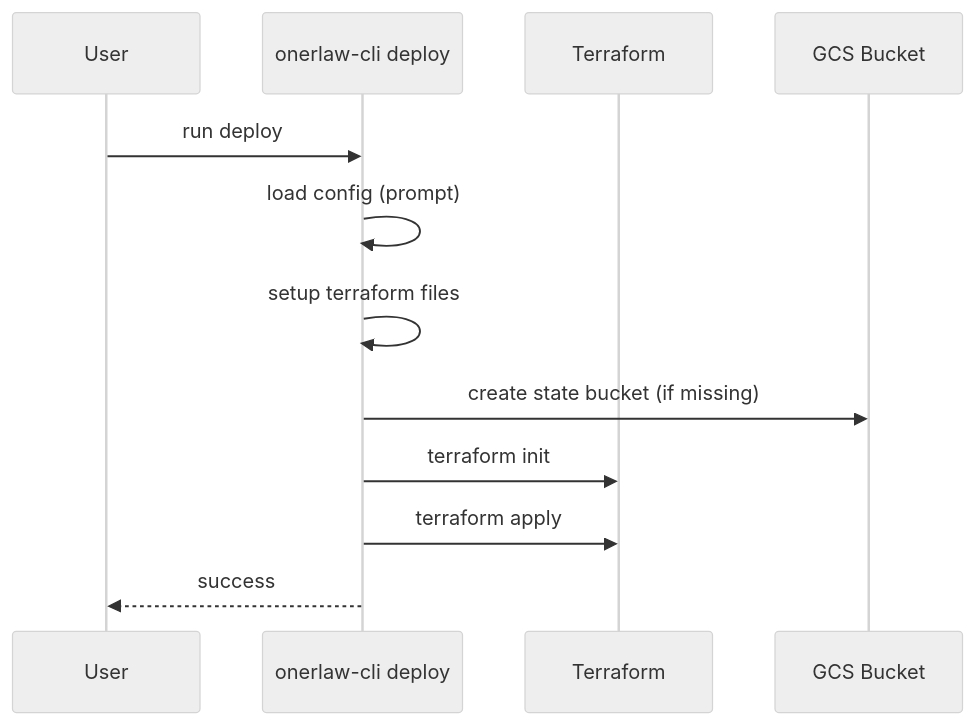
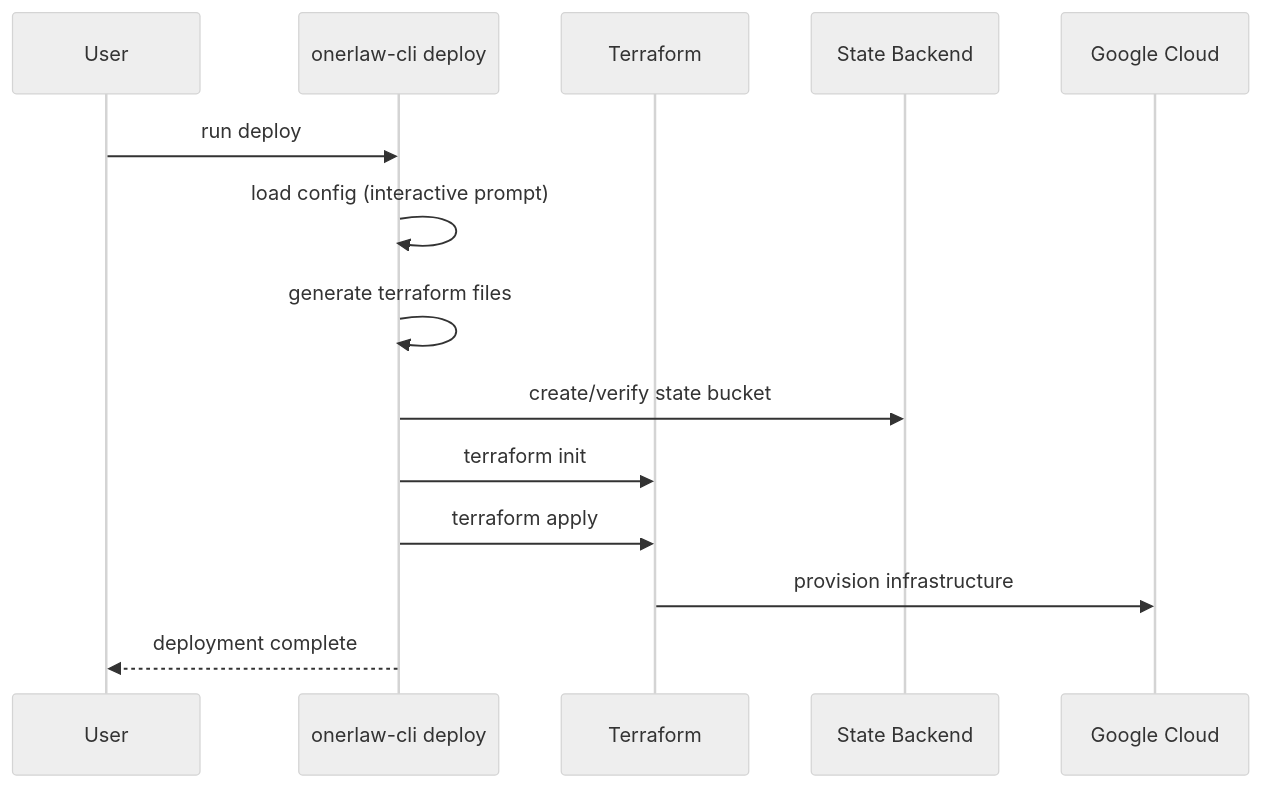
The second of 3 diagrams in README.md (honerlaw/onerlaw-cli), drawn with Mermaid (neutral theme) before and after one commit. The commit also changed other lines of this file and 2 other files, not shown here.

````diff
--- a/README.md
+++ b/README.md
@@ -93,14 +160,16 @@
 ```mermaid
 sequenceDiagram
     participant U as User
     participant CLI as onerlaw-cli deploy
     participant TF as Terraform
-    participant GCS as GCS Bucket
+    participant GCS as State Backend
+    participant GCP as Google Cloud
     U->>CLI: run deploy
-    CLI->>CLI: load config (prompt)
-    CLI->>CLI: setup terraform files
-    CLI->>GCS: create state bucket (if missing)
+    CLI->>CLI: load config (interactive prompt)
+    CLI->>CLI: generate terraform files
+    CLI->>GCS: create/verify state bucket
     CLI->>TF: terraform init
     CLI->>TF: terraform apply
-    CLI-->>U: success
+    TF->>GCP: provision infrastructure
+    CLI-->>U: deployment complete
 ```
````
